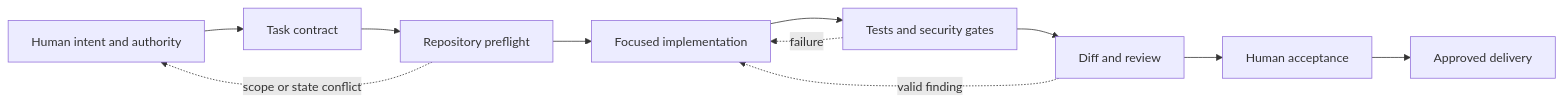
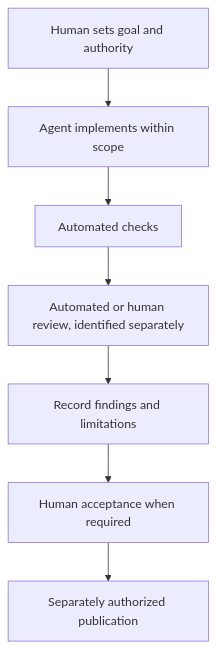
One commit to wouthh/engineering-portfolio changed the diagram in case-studies/verified-ai-assisted-engineering.md. Above: the diagram before and after it, drawn with Mermaid. The commit also changed other lines of this file and 8 other files, not shown here.

````diff
--- a/case-studies/verified-ai-assisted-engineering.md
+++ b/case-studies/verified-ai-assisted-engineering.md
@@ -37,13 +27,9 @@
 ```mermaid
-flowchart LR
-    H[Human intent and authority] --> T[Task contract]
-    T --> P[Repository preflight]
-    P --> I[Focused implementation]
-    I --> V[Tests and security gates]
-    V --> R[Diff and review]
-    R --> A[Human acceptance]
-    A --> D[Approved delivery]
-    V -. failure .-> I
-    R -. valid finding .-> I
-    P -. scope or state conflict .-> H
+flowchart TD
+    H[Human sets goal and authority] --> A[Agent implements within scope]
+    A --> T[Automated checks]
+    T --> R[Automated or human review, identified separately]
+    R --> D[Record findings and limitations]
+    D --> X[Human acceptance when required]
+    X --> P[Separately authorized publication]
 ```
````
